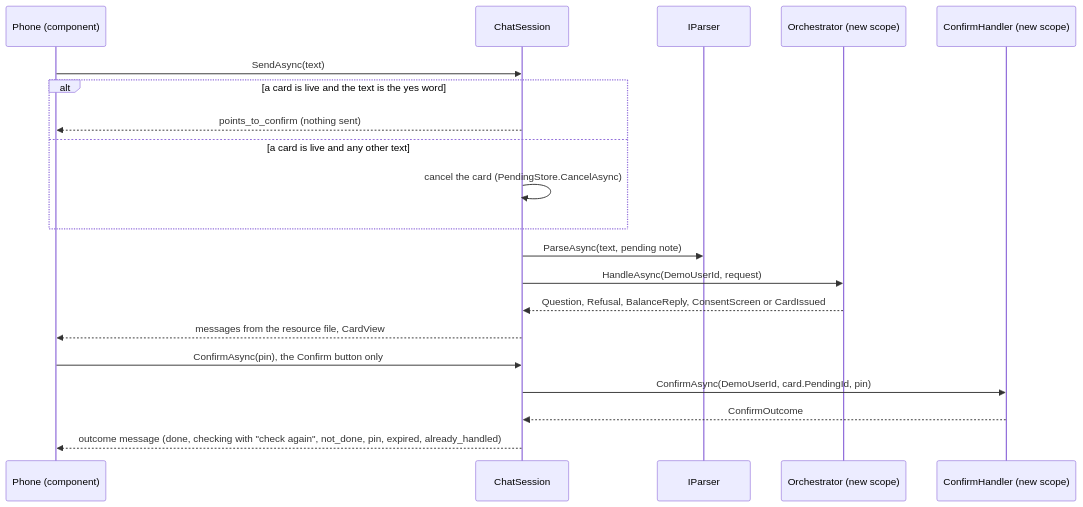
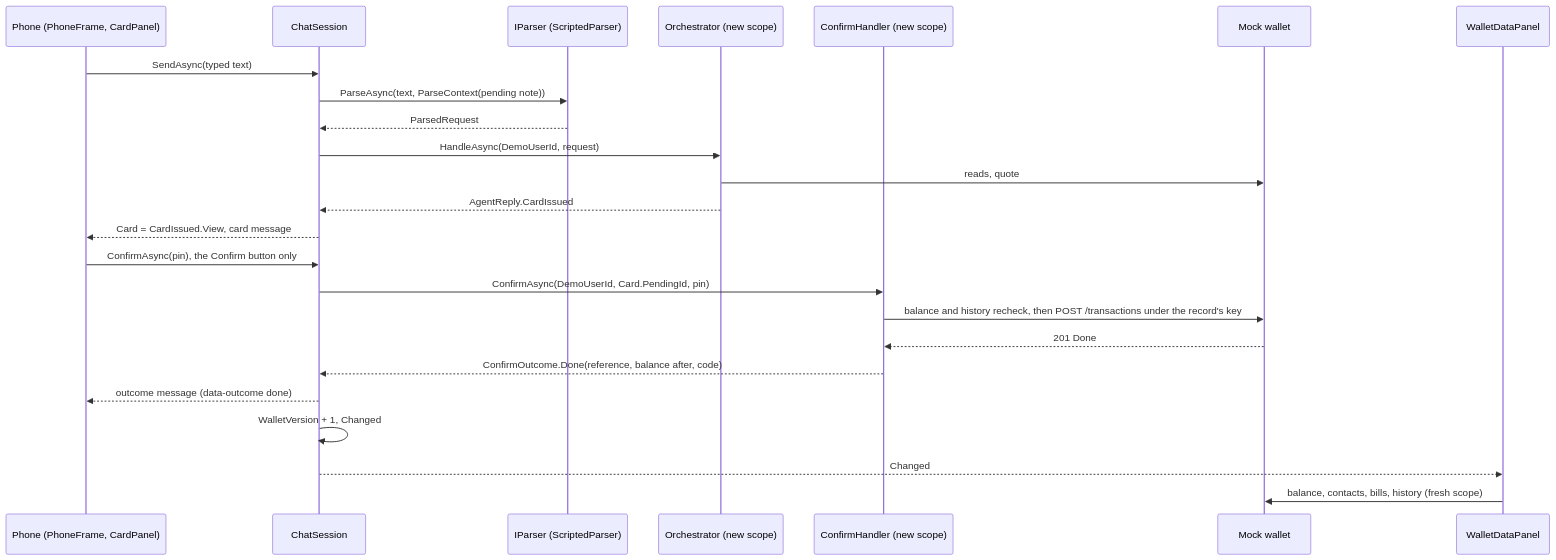
Before and after one commit to Khalil-Alhadidi/Naqoli: the second of 2 diagrams in docs/agent-web.md, drawn with Mermaid. The commit also changed other lines of this file and 5 other files, not shown here.

First line of the commit message:
docs: agent web console, session flow and journeys

````diff
--- a/docs/agent-web.md
+++ b/docs/agent-web.md
@@ -32,23 +70,27 @@
 ```mermaid
 sequenceDiagram
-    participant U as Phone (component)
+    participant U as Phone (PhoneFrame, CardPanel)
     participant S as ChatSession
-    participant P as IParser
+    participant P as IParser (ScriptedParser)
     participant O as Orchestrator (new scope)
     participant C as ConfirmHandler (new scope)
+    participant W as Mock wallet
+    participant D as WalletDataPanel
 
-    U->>S: SendAsync(text)
-    alt a card is live and the text is the yes word
-        S-->>U: points_to_confirm (nothing sent)
-    else a card is live and any other text
-        S->>S: cancel the card (PendingStore.CancelAsync)
-    end
-    S->>P: ParseAsync(text, pending note)
+    U->>S: SendAsync(typed text)
+    S->>P: ParseAsync(text, ParseContext(pending note))
+    P-->>S: ParsedRequest
     S->>O: HandleAsync(DemoUserId, request)
-    O-->>S: Question, Refusal, BalanceReply, ConsentScreen or CardIssued
-    S-->>U: messages from the resource file, CardView
+    O->>W: reads, quote
+    O-->>S: AgentReply.CardIssued
+    S-->>U: Card = CardIssued.View, card message
     U->>S: ConfirmAsync(pin), the Confirm button only
-    S->>C: ConfirmAsync(DemoUserId, card.PendingId, pin)
-    C-->>S: ConfirmOutcome
-    S-->>U: outcome message (done, checking with "check again", not_done, pin, expired, already_handled)
+    S->>C: ConfirmAsync(DemoUserId, Card.PendingId, pin)
+    C->>W: balance and history recheck, then POST /transactions under the record's key
+    W-->>C: 201 Done
+    C-->>S: ConfirmOutcome.Done(reference, balance after, code)
+    S-->>U: outcome message (data-outcome done)
+    S->>S: WalletVersion + 1, Changed
+    S-->>D: Changed
+    D->>W: balance, contacts, bills, history (fresh scope)
 ```
````
